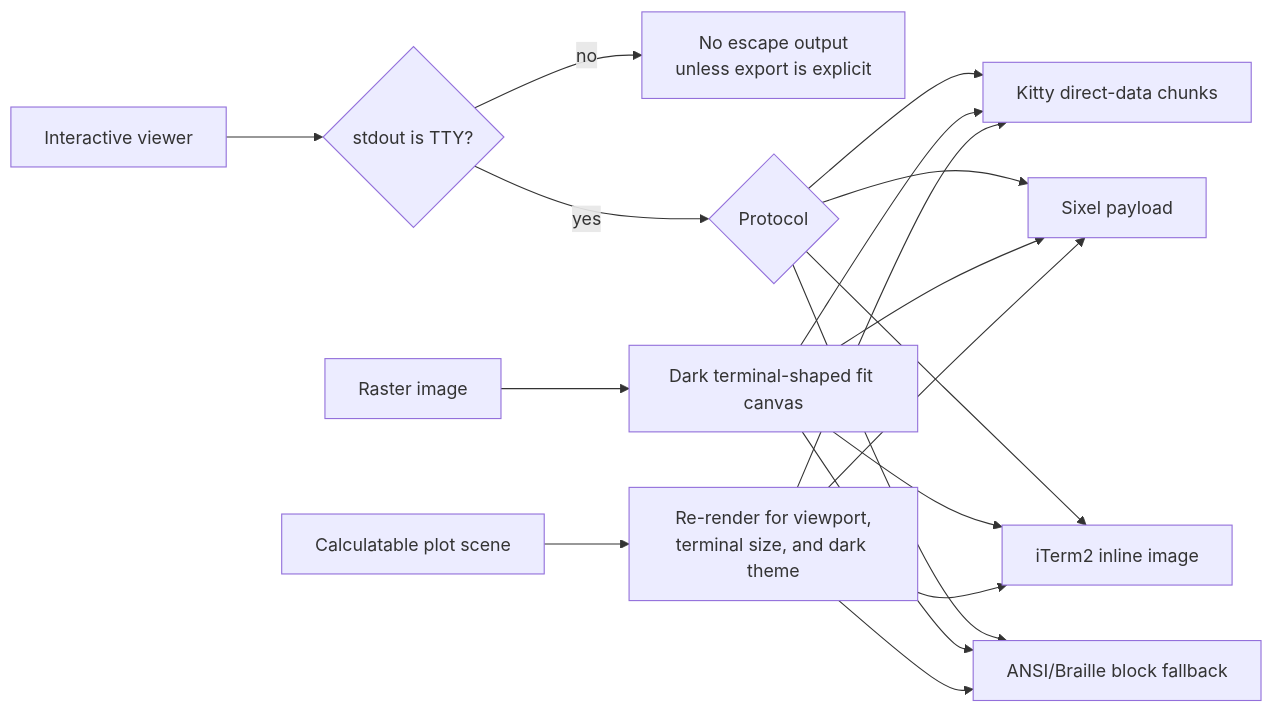
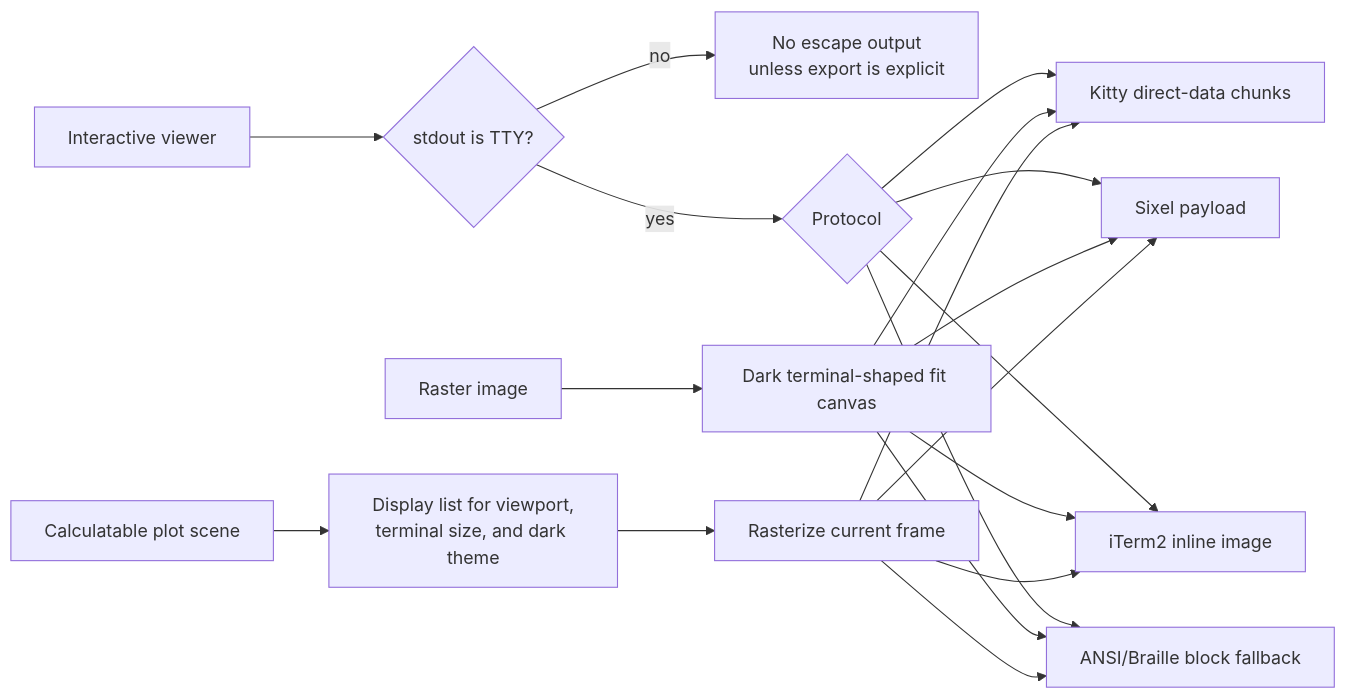
One commit to siriusctrl/termviz changed the second of 3 diagrams in README.md. Above: the diagram before and after it, drawn with Mermaid. The commit also changed other lines of this file and 13 other files, not shown here.

First line of the commit message:
feat: share plot display list rendering

````diff
--- a/README.md
+++ b/README.md
@@ -149,23 +150,24 @@
 ```mermaid
 flowchart LR
     route["Interactive viewer"] --> tty{"stdout is TTY?"}
     tty -- no --> scriptable["No escape output\nunless export is explicit"]
     tty -- yes --> protocol{"Protocol"}
 
     protocol --> kitty["Kitty direct-data chunks"]
     protocol --> sixel["Sixel payload"]
     protocol --> iterm["iTerm2 inline image"]
     protocol --> blocks["ANSI/Braille block fallback"]
 
     raster["Raster image"] --> fit["Dark terminal-shaped fit canvas"]
-    plot["Calculatable plot scene"] --> rerender["Re-render for viewport,\nterminal size, and dark theme"]
+    plot["Calculatable plot scene"] --> commands["Display list for viewport,\nterminal size, and dark theme"]
+    commands --> rerender["Rasterize current frame"]
 
     fit --> kitty
     fit --> sixel
     fit --> iterm
     fit --> blocks
     rerender --> kitty
     rerender --> sixel
     rerender --> iterm
     rerender --> blocks
 ```
````
